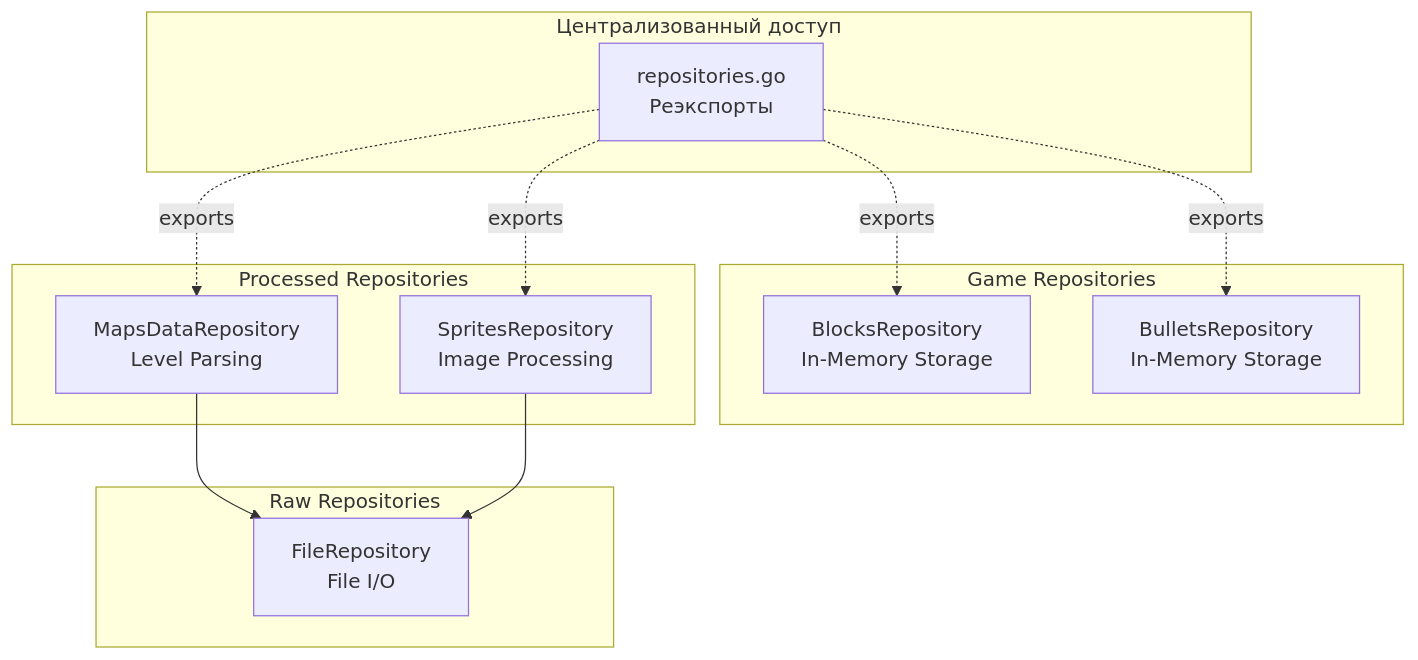
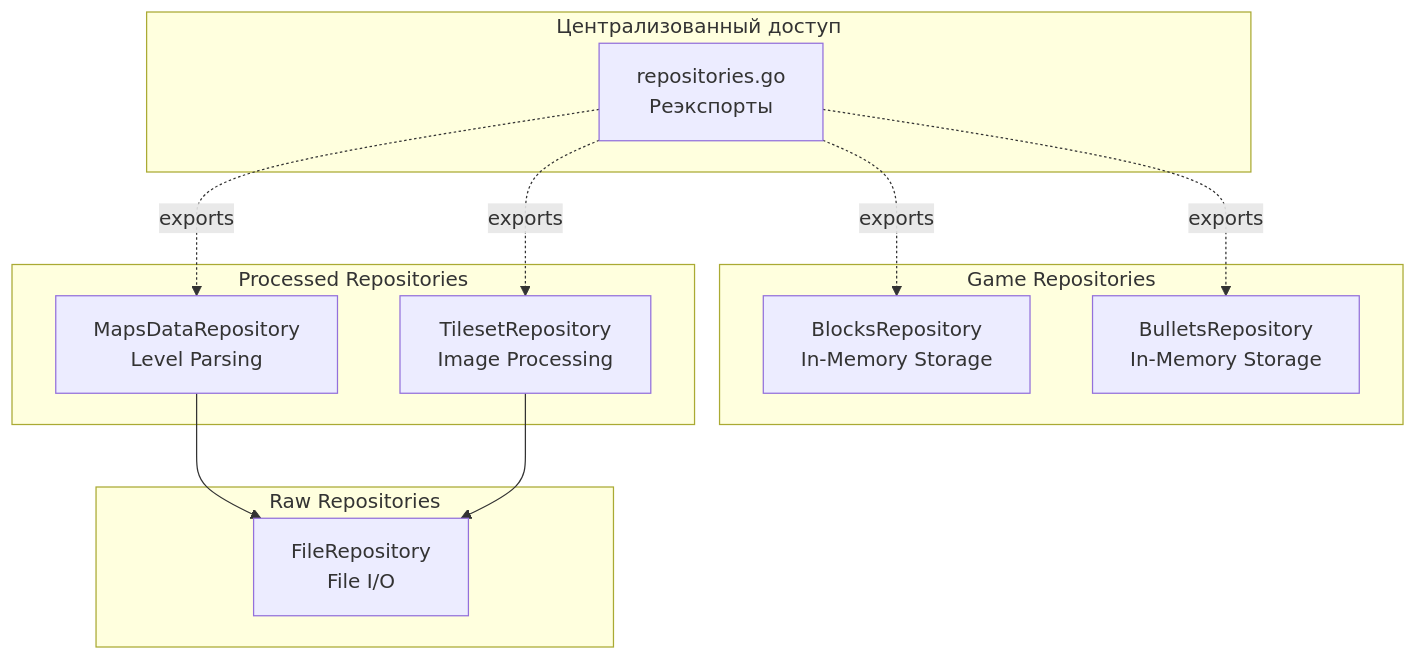
The fifth of 5 diagrams in README.md (shpaker/tnk9x), drawn with Mermaid before and after one commit. The commit also changed other lines of this file and 34 other files, not shown here.

````diff
--- a/README.md
+++ b/README.md
@@ -224,28 +227,28 @@
 ```mermaid
 graph TB
     subgraph "Централизованный доступ"
         ReposPkg[repositories.go<br/>Реэкспорты]
     end
     
     subgraph "Game Repositories"
         BlocksRepo[BlocksRepository<br/>In-Memory Storage]
         BulletsRepo[BulletsRepository<br/>In-Memory Storage]
     end
     
     subgraph "Processed Repositories"
         MapsRepo[MapsDataRepository<br/>Level Parsing]
-        SpritesRepo[SpritesRepository<br/>Image Processing]
+        TilesetRepo[TilesetRepository<br/>Image Processing]
     end
     
     subgraph "Raw Repositories"
         FileRepo[FileRepository<br/>File I/O]
     end
     
     ReposPkg -.->|exports| BlocksRepo
     ReposPkg -.->|exports| BulletsRepo
     ReposPkg -.->|exports| MapsRepo
-    ReposPkg -.->|exports| SpritesRepo
+    ReposPkg -.->|exports| TilesetRepo
     
     MapsRepo --> FileRepo
-    SpritesRepo --> FileRepo
+    TilesetRepo --> FileRepo
 ```
````
